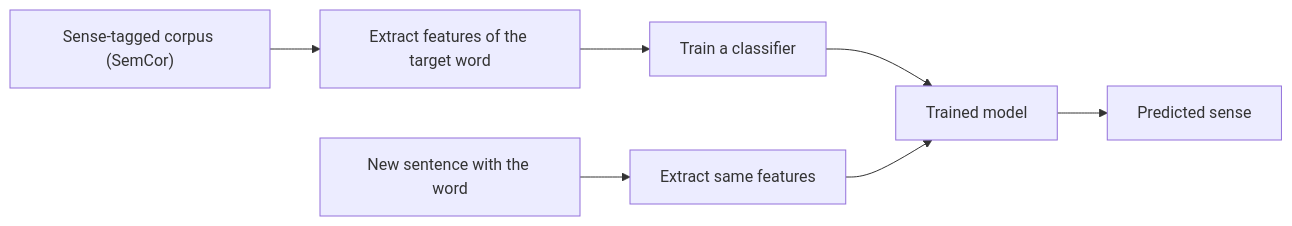
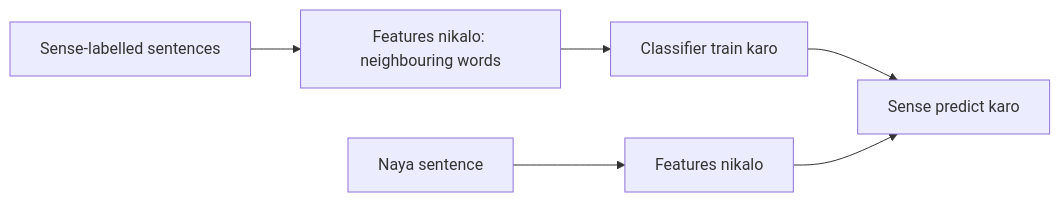
Before and after one commit to TrendySloth1001/sem-seven-notes: the diagram in content/natural-language-processing/pyq/2024-12-ce/q4a.hi.mdx, drawn with Mermaid. The commit also changed other lines of this file and 406 other files, not shown here.

````diff
--- a/content/natural-language-processing/pyq/2024-12-ce/q4a.hi.mdx
+++ b/content/natural-language-processing/pyq/2024-12-ce/q4a.hi.mdx
@@ -9,10 +19,9 @@
 ```mermaid
-%% caption: Supervised WSD mein sense-tagged text pe training phase hota hai aur naye sentences pe testing phase.
+%% caption: Supervised WSD: sense-labelled sentences par train karo, phir naye sentence ka sense predict karo.
 flowchart LR
-  A["Sense-tagged corpus (SemCor)"] --> B["Extract features of the target word"]
-  B --> C["Train a classifier"]
-  C --> D["Trained model"]
-  E["New sentence with the word"] --> F["Extract same features"]
-  F --> D
-  D --> G["Predicted sense"]
+  A["Sense-labelled sentences"] --> B["Features nikalo: neighbouring words"]
+  B --> C["Classifier train karo"]
+  D["Naya sentence"] --> E["Features nikalo"]
+  C --> F["Sense predict karo"]
+  E --> F
 ```
````
